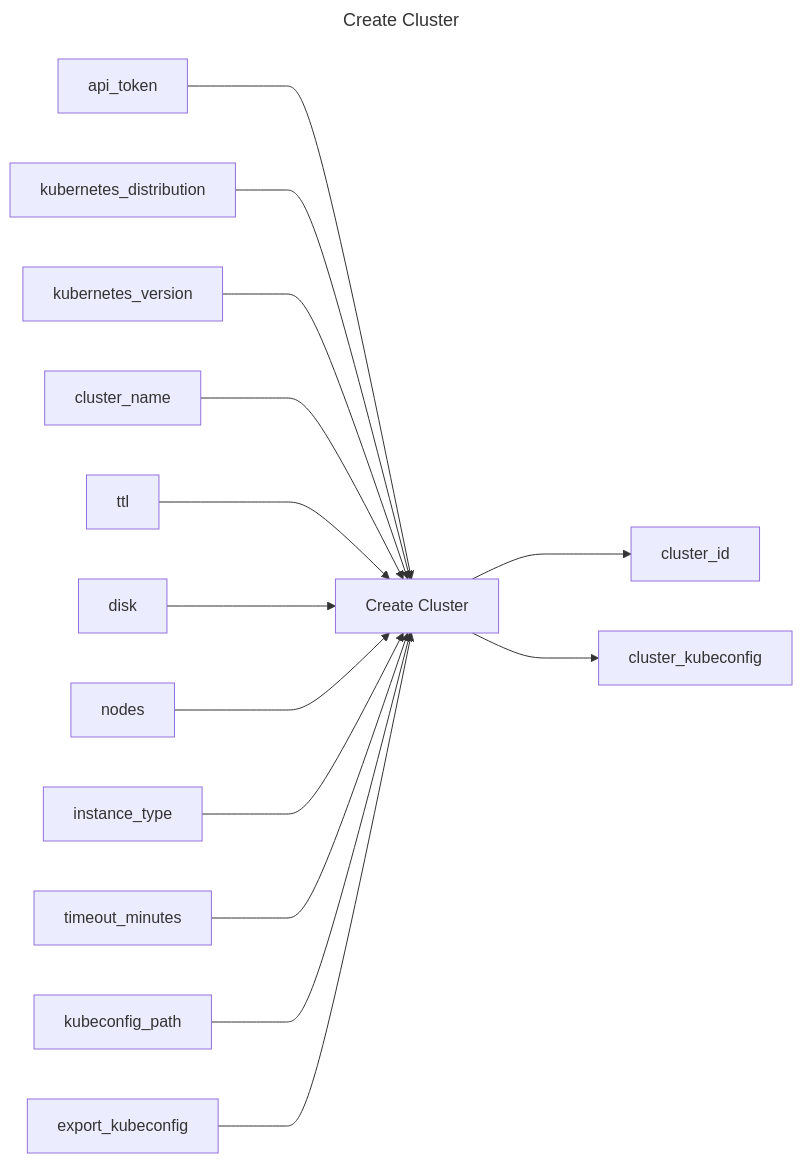
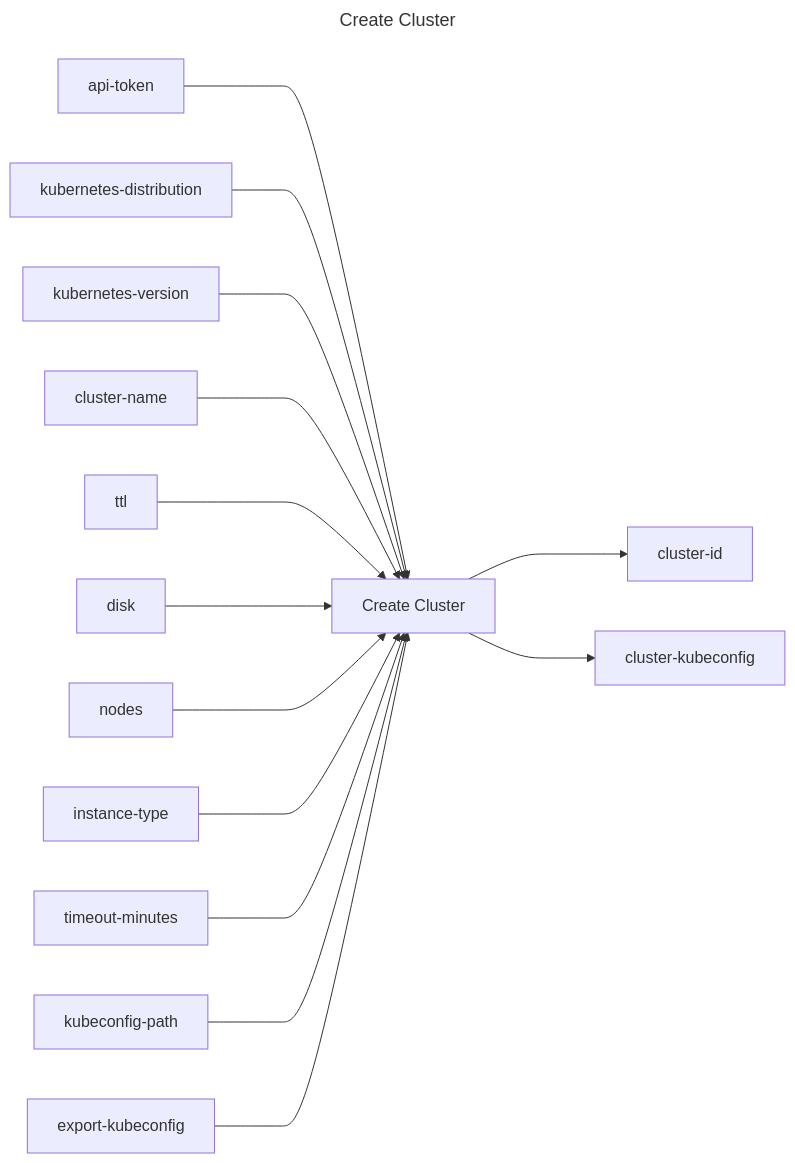
One commit to replicatedhq/replicated-actions changed the diagram in create-cluster/README.md. Above: the diagram before and after it, drawn with Mermaid. The commit also changed 12 other files, not shown here.

````diff
--- a/create-cluster/README.md
+++ b/create-cluster/README.md
@@ -3,20 +3,33 @@
 ```mermaid
 ---
 title: Create Cluster
 ---
 graph LR
 create_cluster["Create Cluster"]
+api_token["api-token"]
+kubernetes_distribution["kubernetes-distribution"]
+kubernetes_version["kubernetes-version"]
+cluster_name["cluster-name"]
+ttl["ttl"]
+disk["disk"]
+nodes["nodes"]
+instance_type["instance-type"]
+timeout_minutes["timeout-minutes"]
+kubeconfig_path["kubeconfig-path"]
+export_kubeconfig["export-kubeconfig"]
+cluster_id["cluster-id"]
+cluster_kubeconfig["cluster-kubeconfig"]
 api_token ---> create_cluster
 kubernetes_distribution ---> create_cluster
 kubernetes_version ---> create_cluster
 cluster_name ---> create_cluster
 ttl ---> create_cluster
 disk ---> create_cluster
 nodes ---> create_cluster
 instance_type ---> create_cluster
 timeout_minutes ---> create_cluster
 kubeconfig_path ---> create_cluster
 export_kubeconfig ---> create_cluster
 create_cluster ---> cluster_id
 create_cluster ---> cluster_kubeconfig
 ```
````
